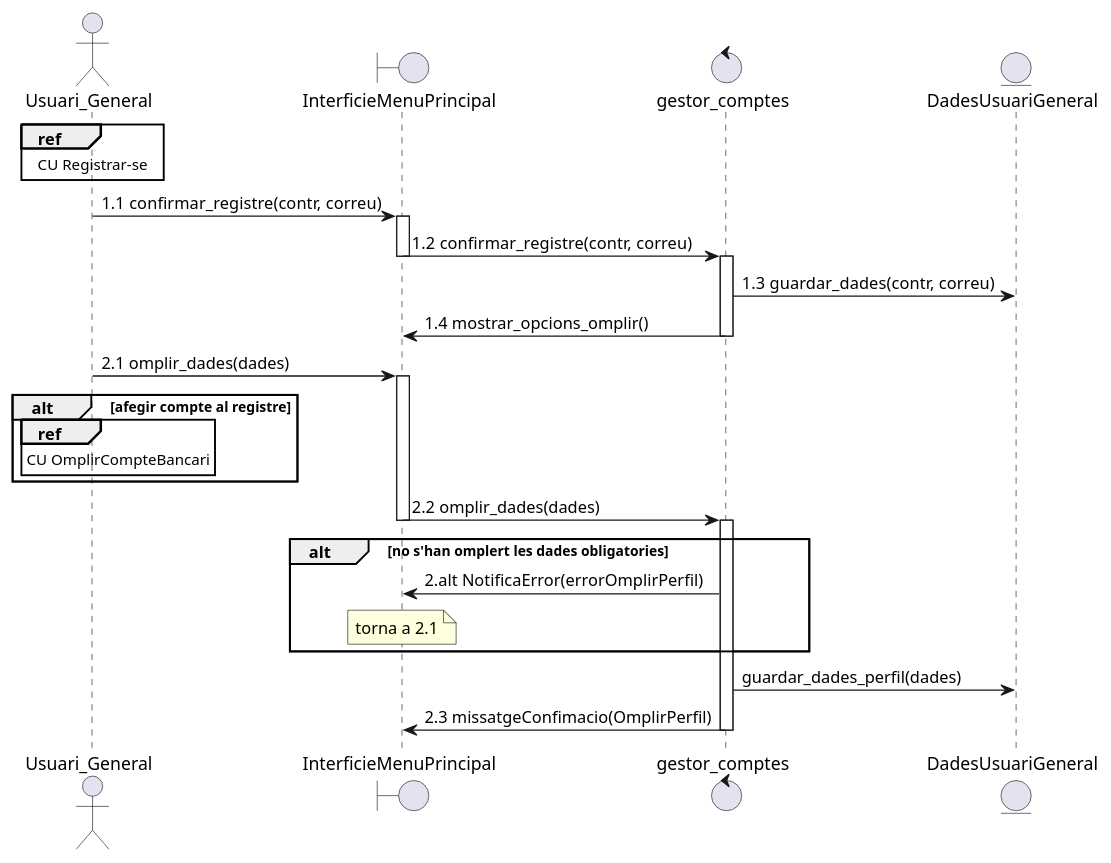
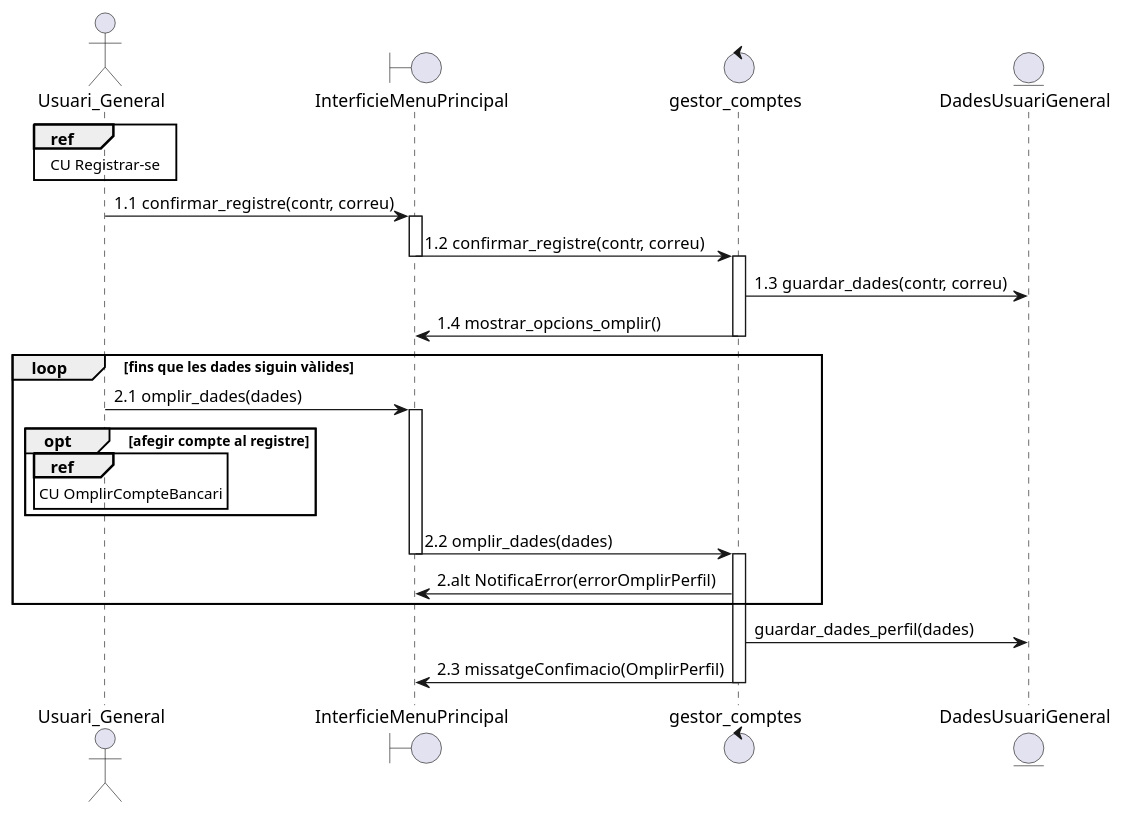
One commit to martipages/ES23UAB431-02 changed the diagram in documents/Diagrames i Especificacions/Seqüencia/ALEJANDRO/5- Omplir perfil.puml. Above: the diagram before and after it, drawn with PlantUML. The commit also changed 11 other files, not shown here.

```diff
--- a/documents/Diagrames i Especificacions/Seqüencia/ALEJANDRO/5- Omplir perfil.puml
+++ b/documents/Diagrames i Especificacions/Seqüencia/ALEJANDRO/5- Omplir perfil.puml
@@ -1,26 +1,25 @@
 @startuml
 
 actor Usuari_General as Usuari
 boundary InterficieMenuPrincipal as interficie
 control gestor_comptes as gestor
 entity DadesUsuariGeneral as dades
 
 ref over Usuari : CU Registrar-se
 Usuari -> interficie ++: 1.1 confirmar_registre(contr, correu)
 interficie -> gestor --++: 1.2 confirmar_registre(contr, correu)
 gestor -> dades : 1.3 guardar_dades(contr, correu)
 gestor -> interficie--: 1.4 mostrar_opcions_omplir()
 
+
+loop fins que les dades siguin vàlides
 Usuari -> interficie ++: 2.1 omplir_dades(dades)
-alt afegir compte al registre
+opt afegir compte al registre
 ref over Usuari : CU OmplirCompteBancari
 end
 interficie -> gestor --++: 2.2 omplir_dades(dades)
-alt no s'han omplert les dades obligatories
 gestor -> interficie : 2.alt NotificaError(errorOmplirPerfil)
-note over interficie : torna a 2.1
 end
 gestor -> dades : guardar_dades_perfil(dades)
 gestor -> interficie --: 2.3 missatgeConfimacio(OmplirPerfil)
-
 @enduml
```
